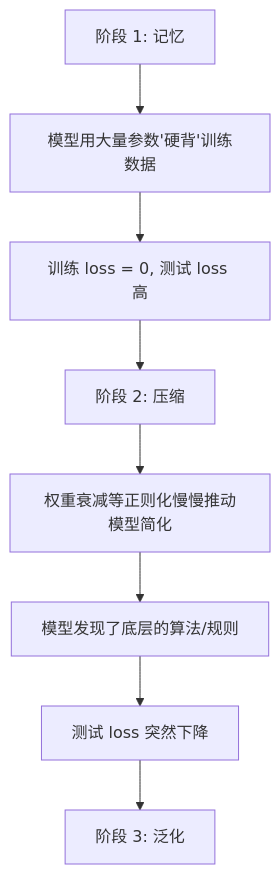
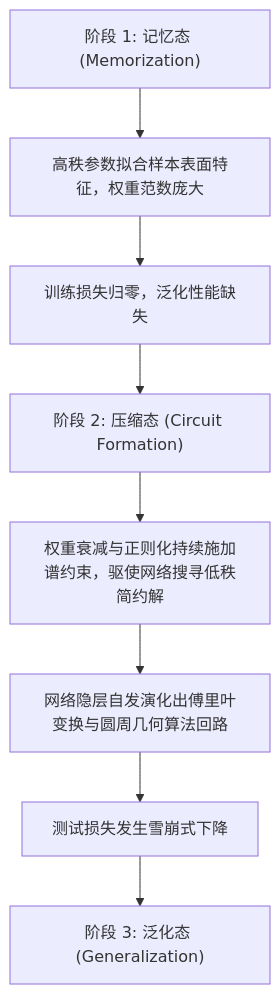
The third of 4 diagrams in chapters/03-scaling.md (yingwang/thinking-in-llm), drawn with Mermaid before and after one commit. The commit also changed other lines of this file and 31 other files, not shown here.

````diff
--- a/chapters/03-scaling.md
+++ b/chapters/03-scaling.md
@@ -290,10 +284,10 @@
 ```mermaid
 graph TD
-    A["阶段 1: 记忆"] --> B["模型用大量参数'硬背'训练数据"]
-    B --> C["训练 loss = 0, 测试 loss 高"]
-    C --> D["阶段 2: 压缩"]
-    D --> E["权重衰减等正则化慢慢推动模型简化"]
-    E --> F["模型发现了底层的算法/规则"]
-    F --> G["测试 loss 突然下降"]
-    G --> H["阶段 3: 泛化"]
+    A["阶段 1: 记忆态 (Memorization)"] --> B["高秩参数拟合样本表面特征，权重范数庞大"]
+    B --> C["训练损失归零，泛化性能缺失"]
+    C --> D["阶段 2: 压缩态 (Circuit Formation)"]
+    D --> E["权重衰减与正则化持续施加谱约束，驱使网络搜寻低秩简约解"]
+    E --> F["网络隐层自发演化出傅里叶变换与圆周几何算法回路"]
+    F --> G["测试损失发生雪崩式下降"]
+    G --> H["阶段 3: 泛化态 (Generalization)"]
 ```
````
